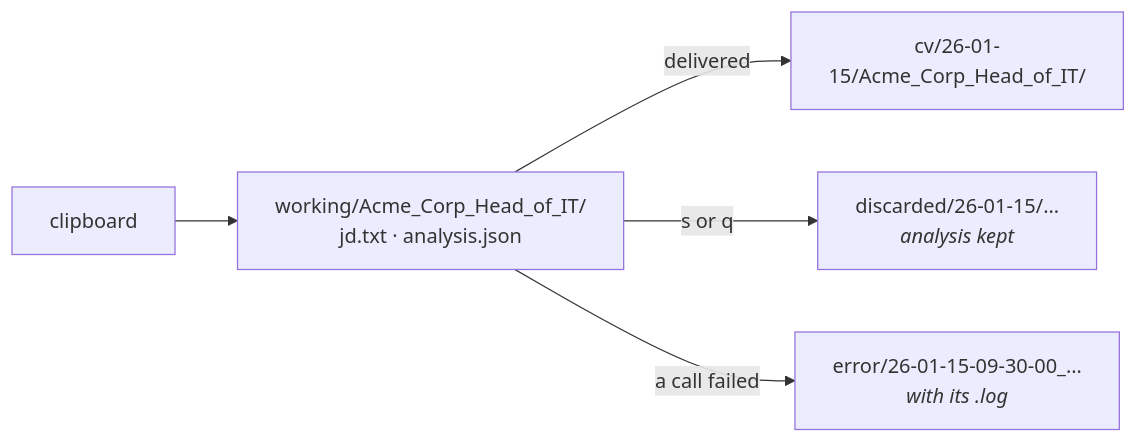
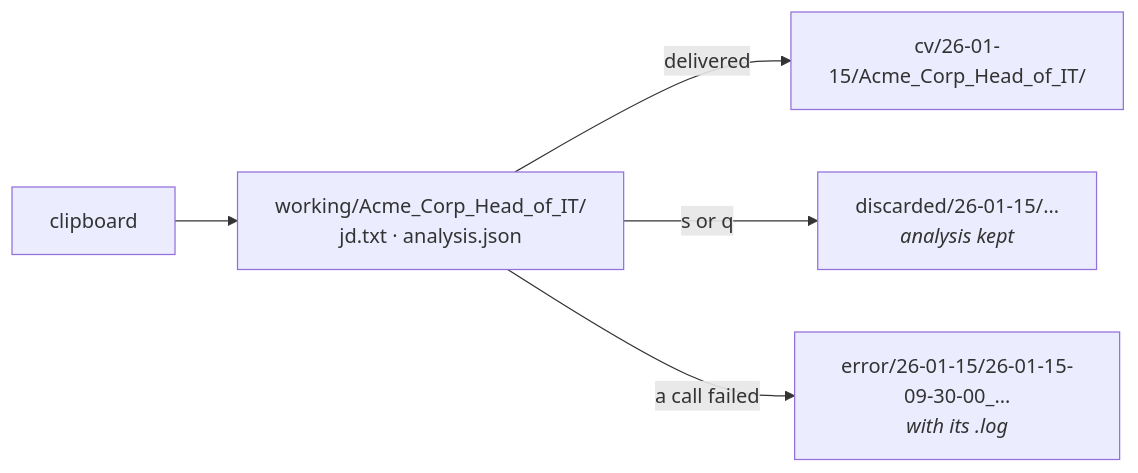
Before and after one commit to gcontini/resumix: the second of 2 diagrams in doc/clipboard-flow.md, drawn with Mermaid. The commit also changed 11 other files, not shown here.

````diff
--- a/doc/clipboard-flow.md
+++ b/doc/clipboard-flow.md
@@ -73,7 +73,7 @@
 ```mermaid
 flowchart LR
     CLIP["clipboard"] --> WORK["working/Acme_Corp_Head_of_IT/<br/>jd.txt · analysis.json"]
     WORK -->|"delivered"| CV["cv/26-01-15/Acme_Corp_Head_of_IT/"]
     WORK -->|"s or q"| DISC["discarded/26-01-15/…<br/><i>analysis kept</i>"]
-    WORK -->|"a call failed"| ERR["error/26-01-15-09-30-00_…<br/><i>with its .log</i>"]
+    WORK -->|"a call failed"| ERR["error/26-01-15/26-01-15-09-30-00_…<br/><i>with its .log</i>"]
 ```
````
